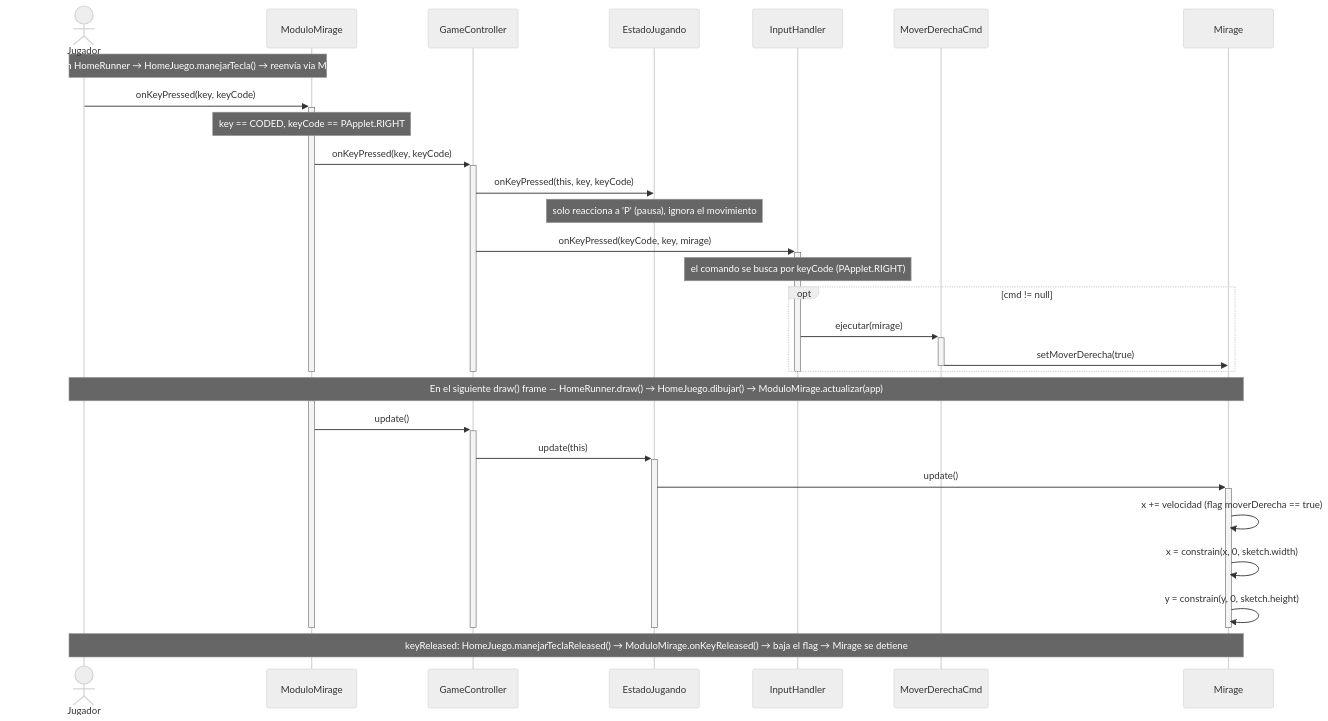
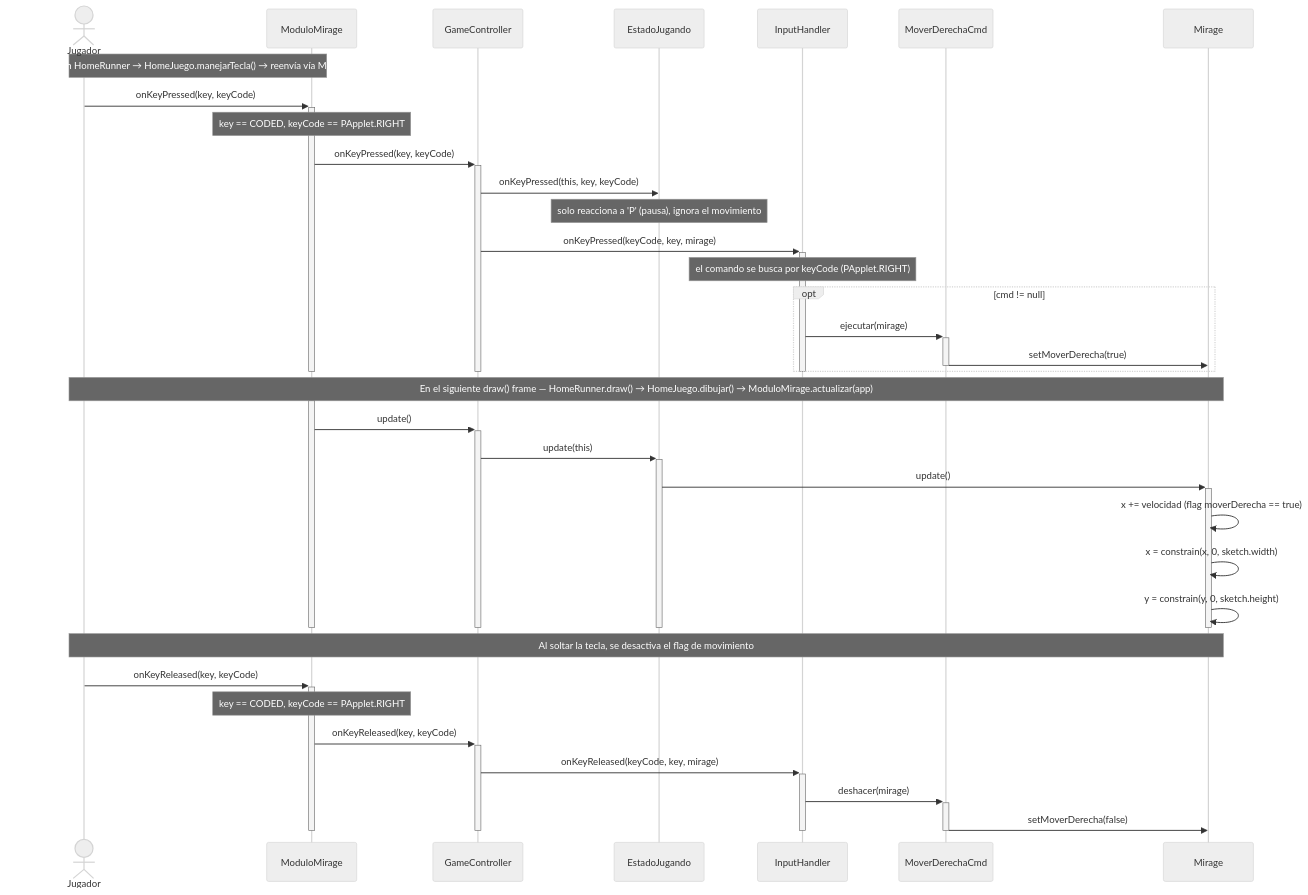
One commit to Christian-Rojas-Rodriguez/juego-1982 changed the second of 9 diagrams in docs/v1/analisis/casos-de-uso.md. Above: the diagram before and after it, drawn with Mermaid (neutral theme). The commit also changed other lines of this file, not shown here.

Commit message:
docs: modificar diagramas de secuencia

````diff
--- a/docs/v1/analisis/casos-de-uso.md
+++ b/docs/v1/analisis/casos-de-uso.md
@@ -60,42 +60,52 @@
 ```mermaid
 sequenceDiagram
     actor Jugador
     participant ModuloMirage
     participant GameController
     participant EstadoJugando
     participant InputHandler
     participant MoverDerechaCmd
     participant Mirage
 
     Note over Jugador,ModuloMirage: keyPressed() en HomeRunner → HomeJuego.manejarTecla() → reenvía vía ModuloConInput
     Jugador->>+ModuloMirage: onKeyPressed(key, keyCode)
     Note over ModuloMirage: key == CODED, keyCode == PApplet.RIGHT
     ModuloMirage->>+GameController: onKeyPressed(key, keyCode)
     GameController->>EstadoJugando: onKeyPressed(this, key, keyCode)
     Note over EstadoJugando: solo reacciona a 'P' (pausa), ignora el movimiento
     GameController->>+InputHandler: onKeyPressed(keyCode, key, mirage)
     Note over InputHandler: el comando se busca por keyCode (PApplet.RIGHT)
     opt cmd != null
         InputHandler->>+MoverDerechaCmd: ejecutar(mirage)
         MoverDerechaCmd->>Mirage: setMoverDerecha(true)
         deactivate MoverDerechaCmd
     end
     deactivate InputHandler
     deactivate GameController
     deactivate ModuloMirage
 
     Note over Jugador,Mirage: En el siguiente draw() frame — HomeRunner.draw() → HomeJuego.dibujar() → ModuloMirage.actualizar(app)
     activate ModuloMirage
     ModuloMirage->>+GameController: update()
     GameController->>+EstadoJugando: update(this)
     EstadoJugando->>+Mirage: update()
     Mirage->>Mirage: x += velocidad (flag moverDerecha == true)
     Mirage->>Mirage: x = constrain(x, 0, sketch.width)
     Mirage->>Mirage: y = constrain(y, 0, sketch.height)
     deactivate Mirage
     deactivate EstadoJugando
     deactivate GameController
     deactivate ModuloMirage
 
-    Note over Jugador,Mirage: keyReleased: HomeJuego.manejarTeclaReleased() → ModuloMirage.onKeyReleased() → baja el flag → Mirage se detiene
+    Note over Jugador,Mirage: Al soltar la tecla, se desactiva el flag de movimiento
+    Jugador->>+ModuloMirage: onKeyReleased(key, keyCode)
+    Note over ModuloMirage: key == CODED, keyCode == PApplet.RIGHT
+    ModuloMirage->>+GameController: onKeyReleased(key, keyCode)
+    GameController->>+InputHandler: onKeyReleased(keyCode, key, mirage)
+    InputHandler->>+MoverDerechaCmd: deshacer(mirage)
+    MoverDerechaCmd->>Mirage: setMoverDerecha(false)
+    deactivate MoverDerechaCmd
+    deactivate InputHandler
+    deactivate GameController
+    deactivate ModuloMirage
 ```
````
